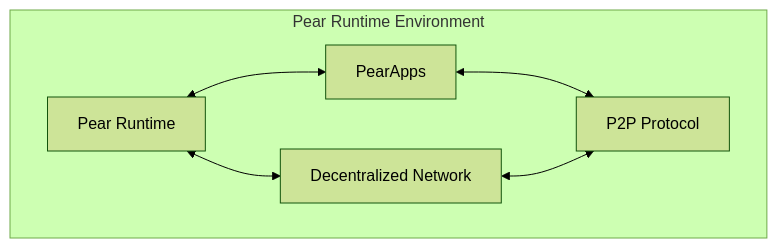
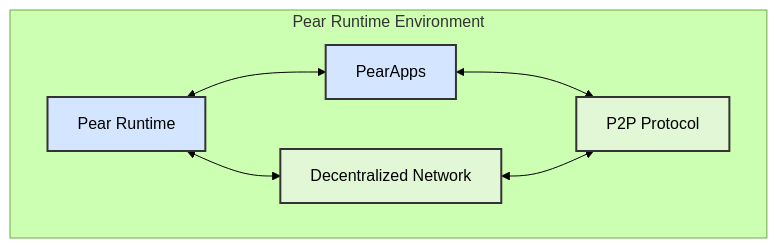
Before and after one commit to Jitpomi/hyperswarm-web: the first of 5 diagrams in README.md, drawn with Mermaid (forest theme). The commit also changed other lines of this file, not shown here.

````diff
--- a/README.md
+++ b/README.md
@@ -37,9 +37,13 @@
 ```mermaid
 graph TB
     subgraph PearEnv[Pear Runtime Environment]
         PR[Pear Runtime] <--> DN[Decentralized Network]
         PA[PearApps] <--> P2P[P2P Protocol]
     end
     PR <--> PA
     DN <--> P2P
+    style PR fill:#d4e6ff,stroke:#333,stroke-width:2px,color:#000
+    style DN fill:#e1f7d5,stroke:#333,stroke-width:2px,color:#000
+    style PA fill:#d4e6ff,stroke:#333,stroke-width:2px,color:#000
+    style P2P fill:#e1f7d5,stroke:#333,stroke-width:2px,color:#000
 ```
````
